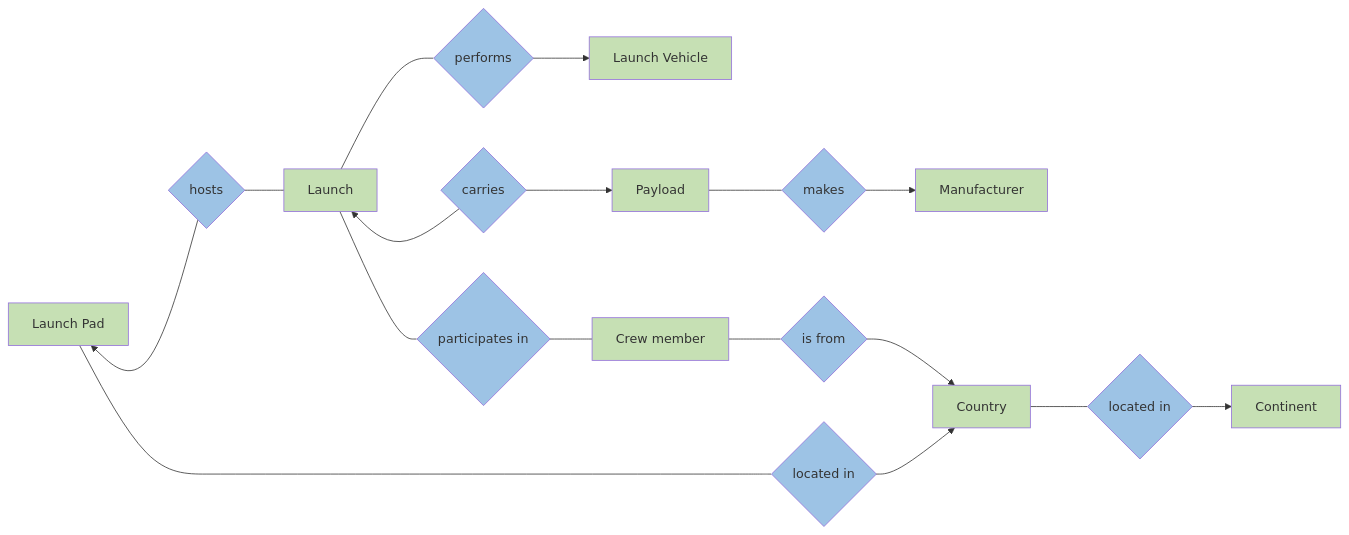
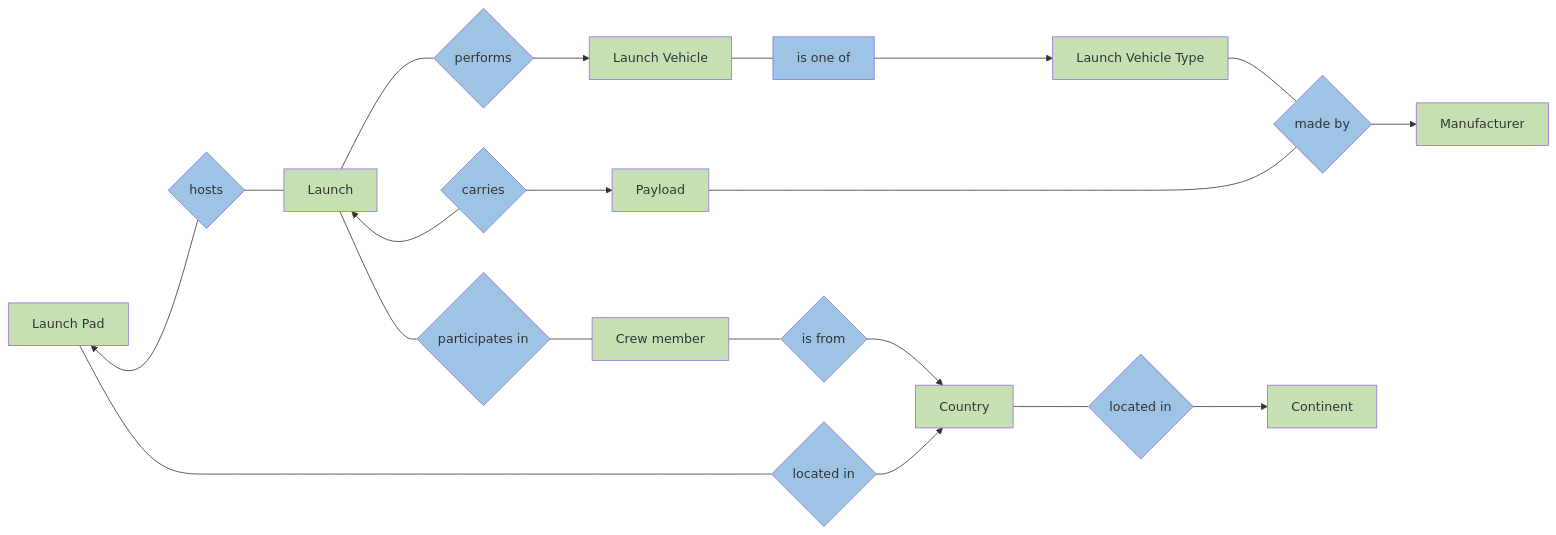
The diagram in src/erd.mmd (andrew-chang-dewitt/cs_425-hw_1_4), drawn with Mermaid before and after one commit. The commit also changed 3 other files, not shown here.

```diff
--- a/src/erd.mmd
+++ b/src/erd.mmd
@@ -1,72 +1,81 @@
 graph LR
     %% ===
     %% LAUNCHPAD
     %% ---
     %% Rule: A launchpad hosts multiple launches over time, and each launch is hosted by exactly one launchpad. Therefore, Launchpads will be created in the database even before the first launch is hosted there.
     %% Rule: A launchpad is located in a country, and a country, in turn, is located on a continent.
     %% Rule: Each launchpad has a name and a location.
     LP[Launch Pad]:::entity ~~~ H{hosts}:::relation --> LP
     LP --- Lli{located in}:::relation
 
     %% ===
     %% LAUNCH
     %% ---
     %% Rule: A launch requires a launchpad that hosts it, a launch vehicle (the rocket), and the payload.
     %% Rule: For a launch, the date, time and name should be recorded as well as whether it is a crewed launch or not.
     %% Rule: Each launch is performed by a launch vehicle. The serial number for the launch vehicle should be recorded. A launch vehicle can perform multiple launches over time.
     H --- L[Launch]:::entity
     L --- Pl{performs}:::relation
     L ~~~ Cp{carries}:::relation --> L
     L --- Pa
 
     %% ===
     %% LAUNCH VEHICLE
     %% ---
+    Pl --> LV[Launch Vehicle]:::entity
+    LV --- Isa[is one of]:::relation
+
+    %% ===
+    %% LAUNCH VEHICLE TYPE
+    %% ---
     %% Rule: Each launch vehicle is of a specific launch vehicle type. The name, maximum thrust and whether it is reusable need to be recorded for the launch vehicle type.
     %% Rule: A specific manufacturer makes each launch vehicle type, and a manufacturer can make many different launch vehicle types.
-    Pl --> LV[Launch Vehicle]:::entity
+    LVT[Launch Vehicle Type]:::entity --- Mb{made by}:::relation
+    Isa ---> LVT
 
     %% ===
     %% PAYLOAD
     %% ---
     %% Rule: Each launch carries one payload, and a payload is only carried by one launch.
+    %% Rule: A manufacturer also makes each payload, and a manufacturer can make many different payloads over time.
     Cp --> P[Payload]:::entity
-    P --- Mk{makes}:::relation
+    P --- Mb
 
     %% ===
     %% Manufacturer
     %% ---
     %% Rule: A manufacturer also makes each payload, and a manufacturer can make many different payloads over time.
-    Mk --> M[Manufacturer]:::entity
+    %% Rule: A specific manufacturer makes each launch vehicle type, and a manufacturer can make many different launch vehicle types.
+    Mb --> M[Manufacturer]:::entity
 
     %% ===
     %% CREW
     %% ---
     %% Rule: Multiple crew members can be carried on a crewed launch, and each crew member can be carried on multiple launches over time.
     %% Rule: Each crew member has a nationality (the country they come from), and their name and surname also need to be recorded.
     %% Rule: Crew members can appear in the database before they launch for the first time
     Pa{participates in}:::relation --- C[Crew member]:::entity
     C --- If{is from}:::relation
 
     %% ===
     %% COUNTRY
     %% ---
     %% Rule: Each crew member has a nationality (the country they come from), and their name and surname also need to be recorded.
     %% Rule: A launchpad is located in a country, and a country, in turn, is located on a continent.
     If --> Cu
     Lli --> Cu
     Cu[Country]:::entity --- Li{located in}:::relation
     Li --> Co[Continent]:::entity
 
     %% ===
     %% STYLES
     %% ---
     classDef entity,weakEntity fill:#c6e0b4;
     classDef relation,weakRelation fill:#9dc3e5;
     classDef attr,subAttr,derAttr fill:#fbf49b;
     classDef subAttr,derAttr stroke:red;
     classDef derAttr stroke-dasharray: 10 5;
     classDef pk text-decoration: underline;
     %% optional attr links
     %% FIXME: change numbers to correct links below & uncomment
     %% linkStyle 1,4,26,39,45,51,65 stroke:red, stroke-dasharray: 10 5;
```
